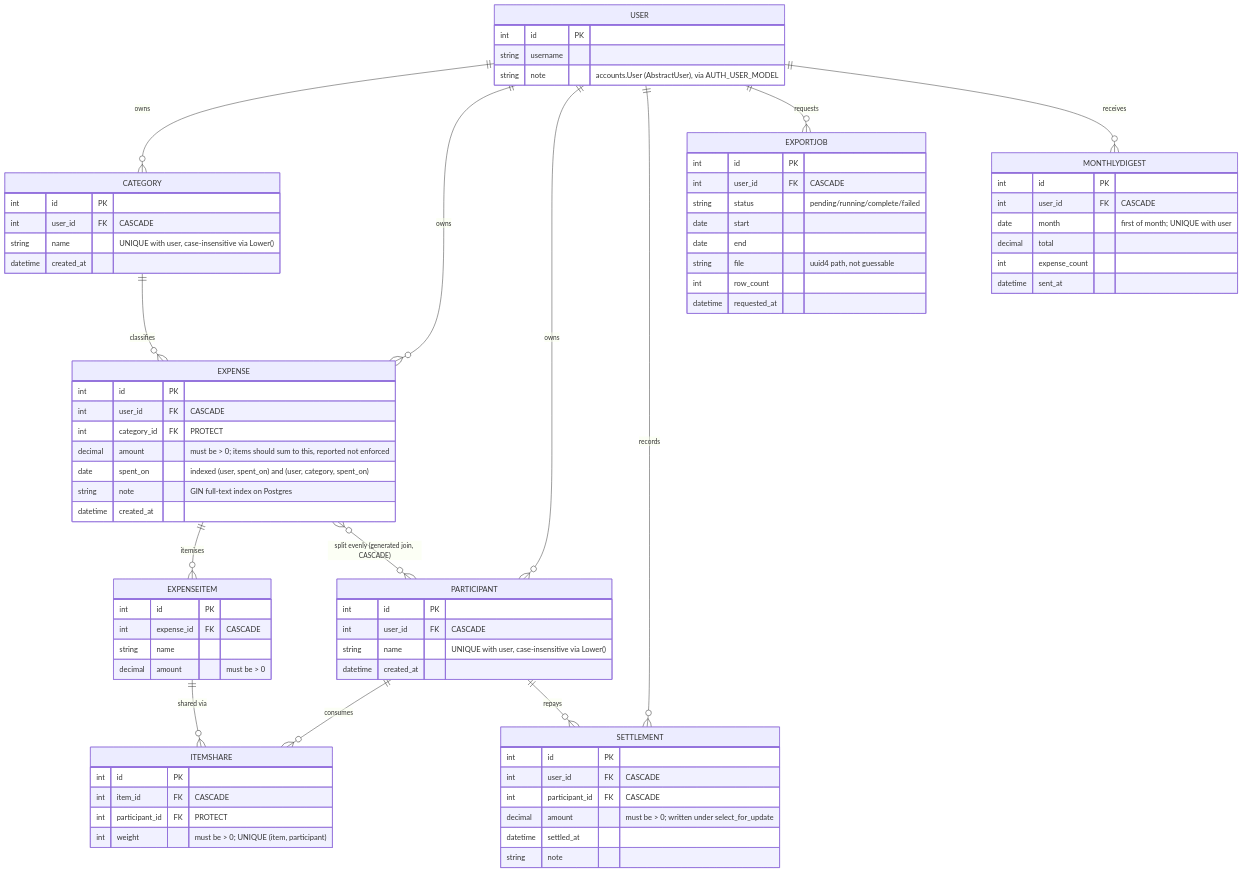
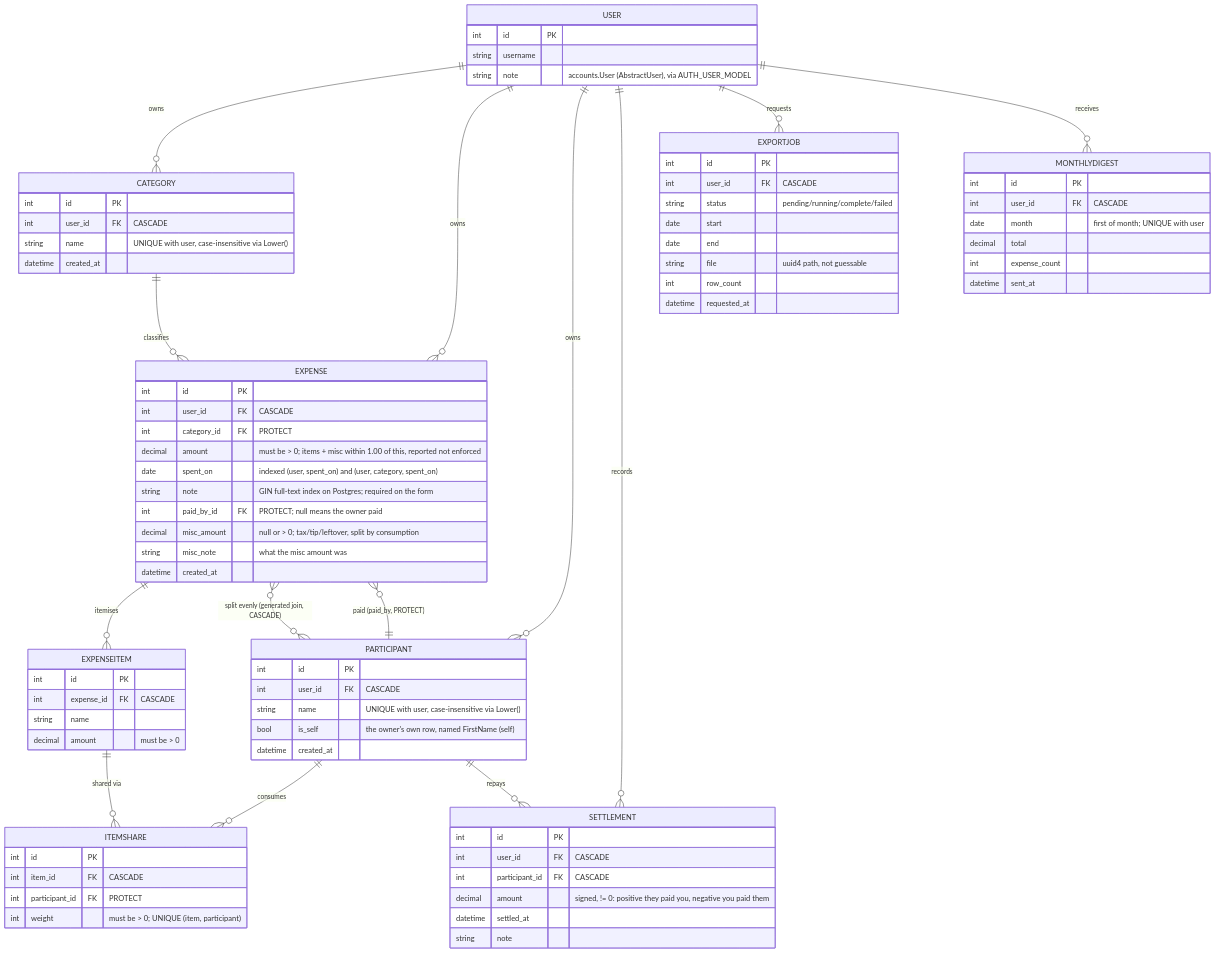
One commit to Vatsal-Kanojiya/expense_management changed the diagram in docs/BUILD_LOG.md. Above: the diagram before and after it, drawn with Mermaid. The commit also changed other lines of this file and 2 other files, not shown here.

```diff
--- a/docs/BUILD_LOG.md
+++ b/docs/BUILD_LOG.md
@@ -56,6 +56,7 @@
     CATEGORY ||--o{ EXPENSE : "classifies"
     EXPENSE ||--o{ EXPENSEITEM : "itemises"
     EXPENSE }o--o{ PARTICIPANT : "split evenly (generated join, CASCADE)"
+    PARTICIPANT ||--o{ EXPENSE : "paid (paid_by, PROTECT)"
     EXPENSEITEM ||--o{ ITEMSHARE : "shared via"
     PARTICIPANT ||--o{ ITEMSHARE : "consumes"
     PARTICIPANT ||--o{ SETTLEMENT : "repays"
@@ -75,15 +76,19 @@
         int id PK
         int user_id FK "CASCADE"
         int category_id FK "PROTECT"
-        decimal amount "must be > 0; items should sum to this, reported not enforced"
+        decimal amount "must be > 0; items + misc within 1.00 of this, reported not enforced"
         date spent_on "indexed (user, spent_on) and (user, category, spent_on)"
-        string note "GIN full-text index on Postgres"
+        string note "GIN full-text index on Postgres; required on the form"
+        int paid_by_id FK "PROTECT; null means the owner paid"
+        decimal misc_amount "null or > 0; tax/tip/leftover, split by consumption"
+        string misc_note "what the misc amount was"
         datetime created_at
     }
     PARTICIPANT {
         int id PK
         int user_id FK "CASCADE"
         string name "UNIQUE with user, case-insensitive via Lower()"
+        bool is_self "the owner's own row, named FirstName (self)"
         datetime created_at
     }
     EXPENSEITEM {
@@ -102,7 +107,7 @@
         int id PK
         int user_id FK "CASCADE"
         int participant_id FK "CASCADE"
-        decimal amount "must be > 0; written under select_for_update"
+        decimal amount "signed, != 0: positive they paid you, negative you paid them"
         datetime settled_at
         string note
     }
```
